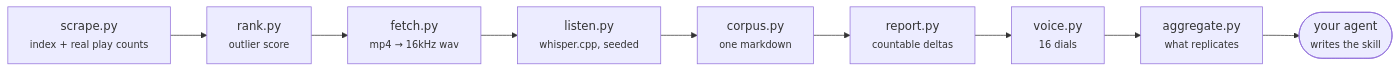
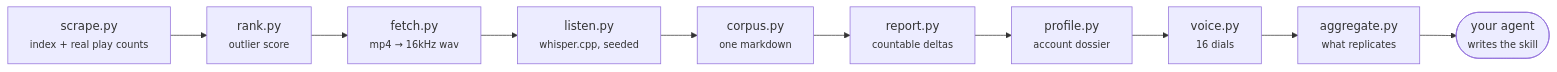
One commit to Ishan-sa/framezero changed the diagram in README.md. Above: the diagram before and after it, drawn with Mermaid. The commit also changed other lines of this file and 5 other files, not shown here.

First line of the commit message:
Add a whole-account dossier, and ship the pipeline as MCP tools

````diff
--- a/README.md
+++ b/README.md
@@ -347,11 +446,12 @@
 ```mermaid
 flowchart LR
   A["scrape.py<br/><small>index + real play counts</small>"] --> B["rank.py<br/><small>outlier score</small>"]
   B --> C["fetch.py<br/><small>mp4 → 16kHz wav</small>"]
   C --> D["listen.py<br/><small>whisper.cpp, seeded</small>"]
   D --> E["corpus.py<br/><small>one markdown</small>"]
   E --> F["report.py<br/><small>countable deltas</small>"]
-  F --> G["voice.py<br/><small>16 dials</small>"]
+  F --> P["profile.py<br/><small>account dossier</small>"]
+  P --> G["voice.py<br/><small>16 dials</small>"]
   G --> H["aggregate.py<br/><small>what replicates</small>"]
   H --> I(["your agent<br/><small>writes the skill</small>"])
 ```
````
